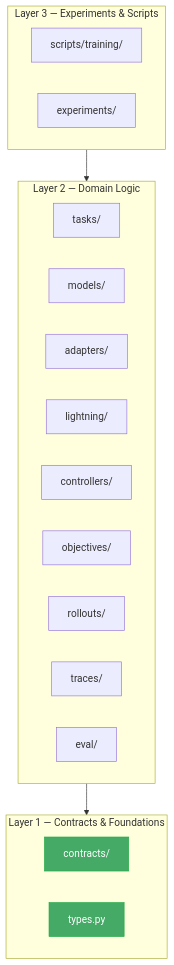
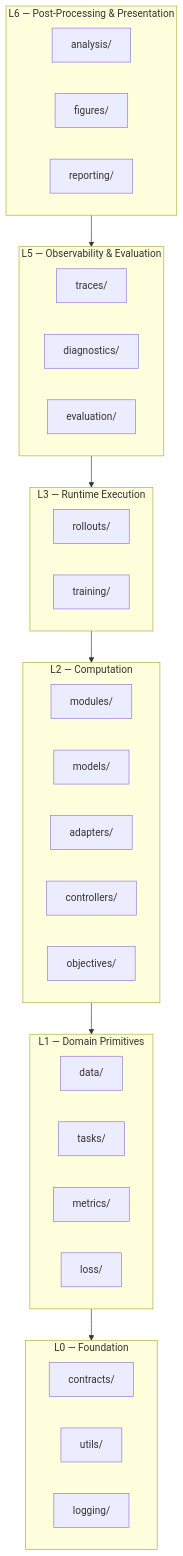
Before and after one commit to BorjaEst/ehp-sn: the diagram in docs/docs/design/contracts.md, drawn with Mermaid. The commit also changed other lines of this file and 29 other files, not shown here.

````diff
--- a/docs/docs/design/contracts.md
+++ b/docs/docs/design/contracts.md
@@ -16,28 +11,23 @@
 ```mermaid
 flowchart TB
-    subgraph Layer3["Layer 3 — Experiments & Scripts"]
-        scripts["scripts/training/"]
-        experiments["experiments/"]
+    subgraph L0["L0 — Foundation"]
+        contracts["contracts/"]; utils["utils/"]; logging["logging/"]
     end
-    subgraph Layer2["Layer 2 — Domain Logic"]
-        tasks["tasks/"]
-        models["models/"]
-        adapters["adapters/"]
-        lightning["lightning/"]
-        controllers["controllers/"]
-        objectives["objectives/"]
-        rollouts["rollouts/"]
-        traces["traces/"]
-        eval["eval/"]
+    subgraph L1["L1 — Domain Primitives"]
+        data["data/"]; tasks["tasks/"]; metrics["metrics/"]; loss["loss/"]
     end
-    subgraph Layer1["Layer 1 — Contracts & Foundations"]
-        contracts["contracts/"]
-        types["types.py"]
+    subgraph L2["L2 — Computation"]
+        modules["modules/"]; models["models/"]; adapters["adapters/"]
+        controllers["controllers/"]; objectives["objectives/"]
     end
-
-    Layer3 --> Layer2
-    Layer2 --> Layer1
-
-    style contracts fill:#4a6,stroke:#2a4,color:#fff
-    style types fill:#4a6,stroke:#2a4,color:#fff
+    subgraph L3["L3 — Runtime Execution"]
+        rollouts["rollouts/"]; training["training/"]
+    end
+    subgraph L5["L5 — Observability & Evaluation"]
+        traces["traces/"]; diagnostics["diagnostics/"]; evaluation["evaluation/"]
+    end
+    subgraph L6["L6 — Post-Processing & Presentation"]
+        analysis["analysis/"]; figures["figures/"]; reporting["reporting/"]
+    end
+    L1 --> L0; L2 --> L1; L3 --> L2; L5 --> L3; L6 --> L5
 ```
````
